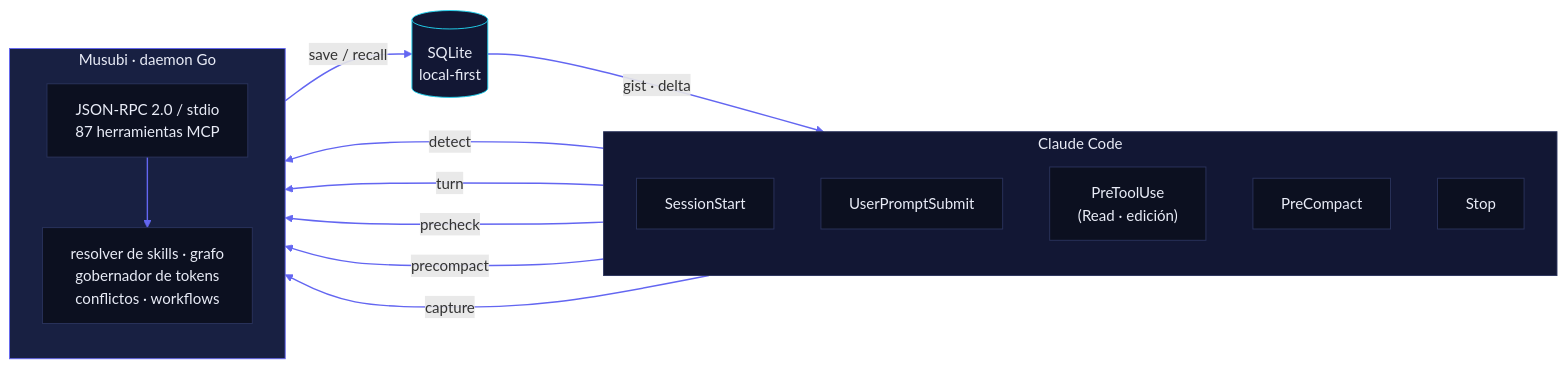
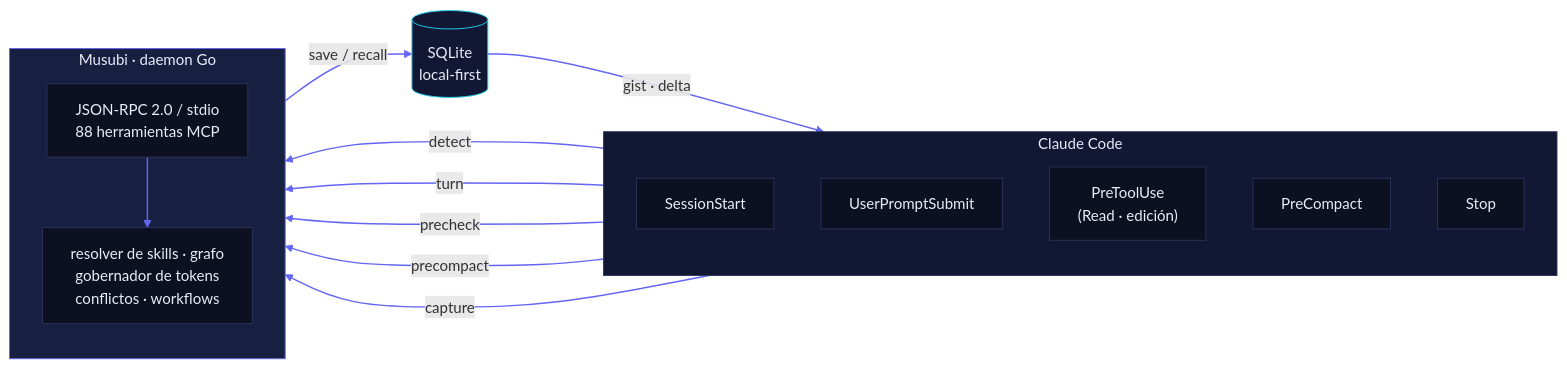
Before and after one commit to codeabraham16/musubi: the first of 3 diagrams in README.md, drawn with Mermaid. The commit also changed other lines of this file and 21 other files, not shown here.

````diff
--- a/README.md
+++ b/README.md
@@ -93,34 +93,34 @@
 ```mermaid
 flowchart LR
     subgraph CC["Claude Code"]
         direction TB
         H1["SessionStart"]
         H2["UserPromptSubmit"]
         H3["PreToolUse<br/>(Read · edición)"]
         H4["PreCompact"]
         H5["Stop"]
     end
     subgraph M["Musubi · daemon Go"]
         direction TB
-        RPC["JSON-RPC 2.0 / stdio<br/>87 herramientas MCP"]
+        RPC["JSON-RPC 2.0 / stdio<br/>88 herramientas MCP"]
         COG["resolver de skills · grafo<br/>gobernador de tokens<br/>conflictos · workflows"]
     end
     DB[("SQLite<br/>local-first")]
 
     H1 -- "detect" --> RPC
     H2 -- "turn" --> RPC
     H3 -- "precheck" --> RPC
     H4 -- "precompact" --> RPC
     H5 -- "capture" --> RPC
     RPC --> COG
     COG -- "save / recall" --> DB
     DB -- "gist · delta" --> CC
 
     classDef cc fill:#121734,stroke:#2A335C,color:#E9ECF7;
     classDef mm fill:#182042,stroke:#6366F1,color:#E9ECF7;
     classDef db fill:#121734,stroke:#22D3EE,color:#E9ECF7;
     classDef nd fill:#0C1020,stroke:#2A335C,color:#E9ECF7;
     class CC cc; class M mm; class DB db;
     class H1,H2,H3,H4,H5,RPC,COG nd;
     linkStyle default stroke:#6366F1,stroke-width:1.5px;
 ```
````
